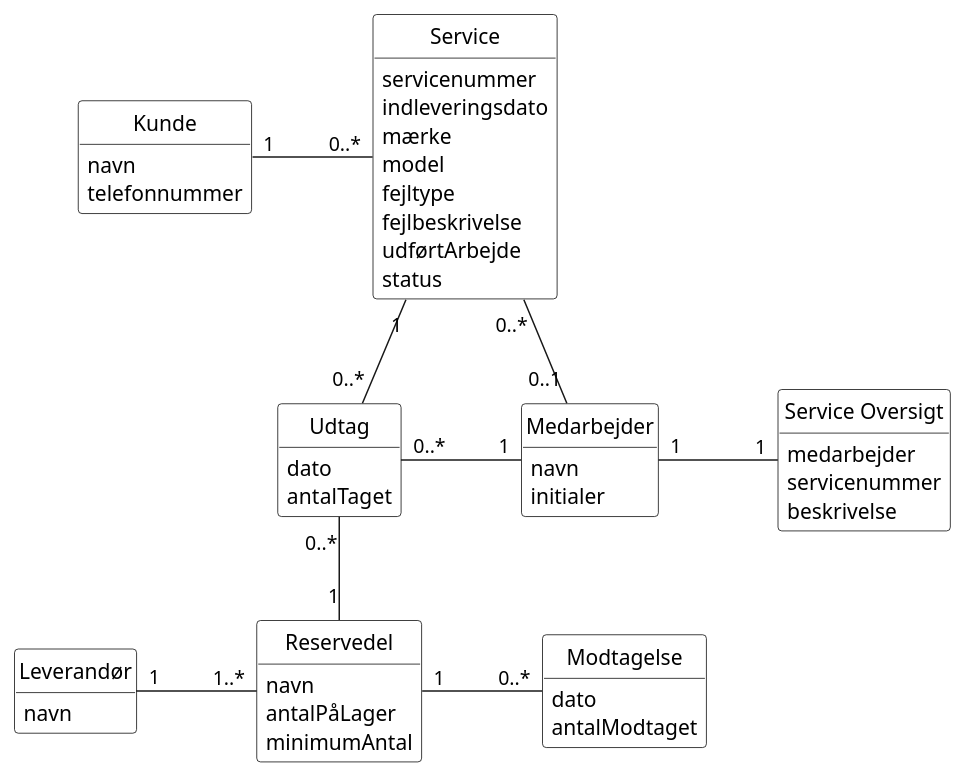
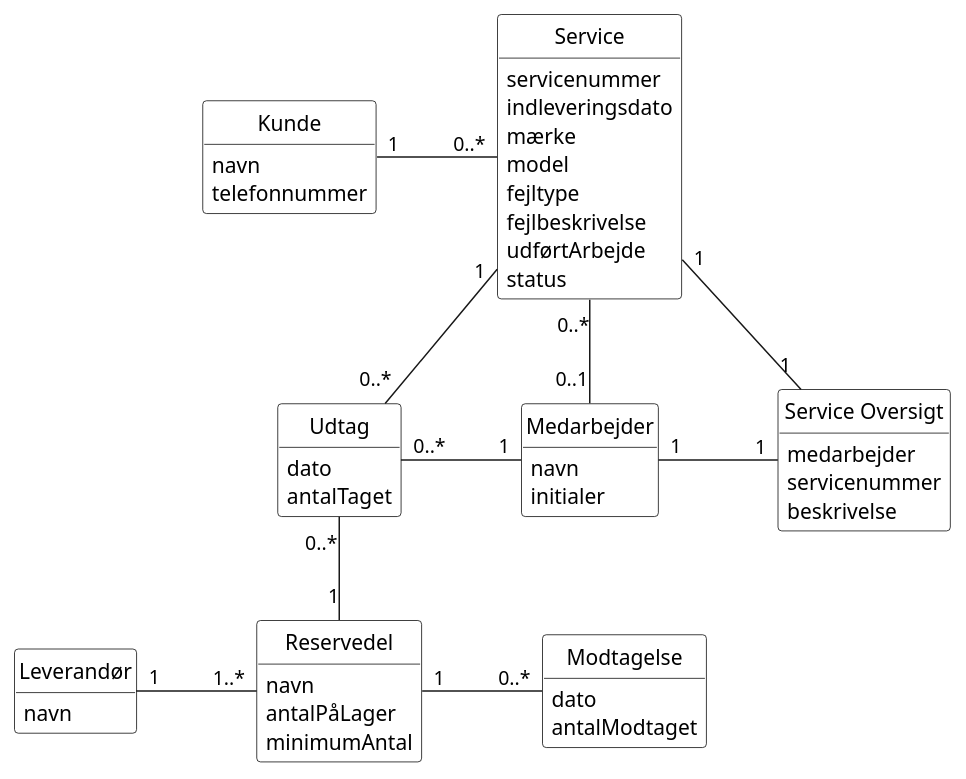
Before and after one commit to Zoabz/Getting-Real: the diagram in 2. Domæne Model/domænemodel.puml, drawn with PlantUML.

Commit message:
updated domænemodel

```diff
--- a/2. Domæne Model/domænemodel.puml
+++ b/2. Domæne Model/domænemodel.puml
@@ -1,71 +1,72 @@
 @startuml
 ' Samme model som domænemodel.png / domænemodel.drawio
 skinparam monochrome true
 skinparam shadowing false
 skinparam nodesep 80
 skinparam ranksep 60
 skinparam backgroundColor white
 skinparam classAttributeIconSize 0
 skinparam class {
   BackgroundColor white
   BorderColor black
 }
 hide circle
 hide methods
 
 class Kunde {
   navn
   telefonnummer
 }
 
 class Service {
   servicenummer
   indleveringsdato
   mærke
   model
   fejltype
   fejlbeskrivelse
   udførtArbejde
   status
 }
 
 class Medarbejder {
   navn
   initialer
 }
 
 class Udtag {
   dato
   antalTaget
 }
 
 class Reservedel {
   navn
   antalPåLager
   minimumAntal
 }
 
 class Leverandør {
   navn
 }
 
 class Modtagelse {
   dato
   antalModtaget
 }
 
 class "Service Oversigt" {
   medarbejder
   servicenummer
   beskrivelse
 }
 
 Kunde "1" -right- "0..*" Service
 Service "0..*" -right- "0..1" Medarbejder
 Service "1" -down- "0..*" Udtag
 Udtag "0..*" -right- "1" Medarbejder
 Udtag "0..*" -down- "1" Reservedel
 Leverandør "1" -right- "1..*" Reservedel
 Reservedel "1" -right- "0..*" Modtagelse
 Medarbejder "1" -right- "1" "Service Oversigt"
+"Service Oversigt" "1" -up- "1" Service
 @enduml
```
